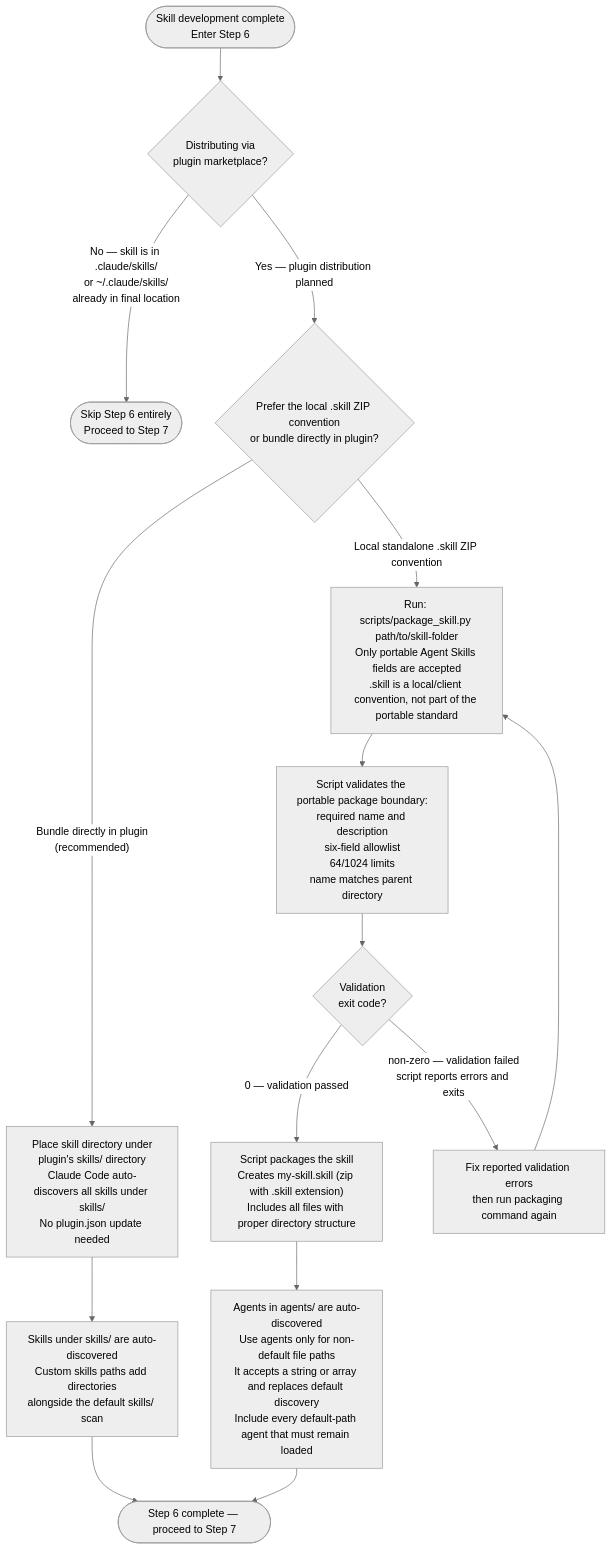
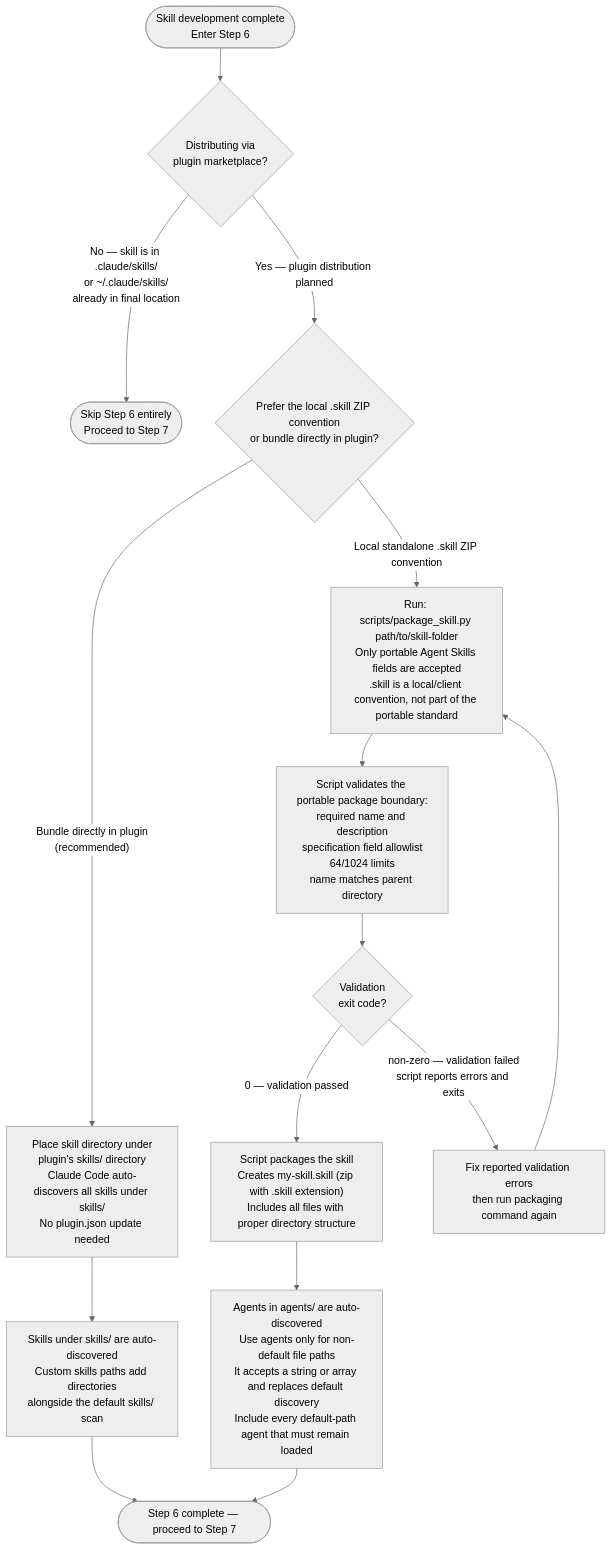
Before and after one commit to Jamie-BitFlight/claude_skills: the fifth of 5 diagrams in plugins/plugin-creator/skills/skill-creator/SKILL.md, drawn with Mermaid (neutral theme). The commit also changed other lines of this file and 18 other files, not shown here.

````diff
--- a/plugins/plugin-creator/skills/skill-creator/SKILL.md
+++ b/plugins/plugin-creator/skills/skill-creator/SKILL.md
@@ -551,17 +551,17 @@
 ```mermaid
 flowchart TD
     Start(["Skill development complete<br>Enter Step 6"]) --> Q{"Distributing via<br>plugin marketplace?"}
     Q -->|"No — skill is in .claude/skills/<br>or ~/.claude/skills/<br>already in final location"| Skip(["Skip Step 6 entirely<br>Proceed to Step 7"])
     Q -->|"Yes — plugin distribution planned"| Q2{"Prefer the local .skill ZIP convention<br>or bundle directly in plugin?"}
     Q2 -->|"Bundle directly in plugin<br>(recommended)"| Bundle["Place skill directory under<br>plugin's skills/ directory<br>Claude Code auto-discovers all skills under skills/<br>No plugin.json update needed"]
     Q2 -->|"Local standalone .skill ZIP convention"| RunPkg["Run: scripts/package_skill.py path/to/skill-folder<br>Only portable Agent Skills fields are accepted<br>.skill is a local/client convention, not part of the portable standard"]
-    RunPkg --> Validate["Script validates the portable package boundary:<br>required name and description<br>six-field allowlist<br>64/1024 limits<br>name matches parent directory"]
+    RunPkg --> Validate["Script validates the portable package boundary:<br>required name and description<br>specification field allowlist<br>64/1024 limits<br>name matches parent directory"]
     Validate --> VQ{"Validation<br>exit code?"}
     VQ -->|"0 — validation passed"| Package["Script packages the skill<br>Creates my-skill.skill (zip with .skill extension)<br>Includes all files with proper directory structure"]
     VQ -->|"non-zero — validation failed<br>script reports errors and exits"| Fix["Fix reported validation errors<br>then run packaging command again"]
     Fix --> RunPkg
     Bundle --> SkillReg["Skills under skills/ are auto-discovered<br>Custom skills paths add directories<br>alongside the default skills/ scan"]
     Package --> AgentReg["Agents in agents/ are auto-discovered<br>Use agents only for non-default file paths<br>It accepts a string or array and replaces default discovery<br>Include every default-path agent that must remain loaded"]
     SkillReg --> Done(["Step 6 complete — proceed to Step 7"])
     AgentReg --> Done
 ```
````
